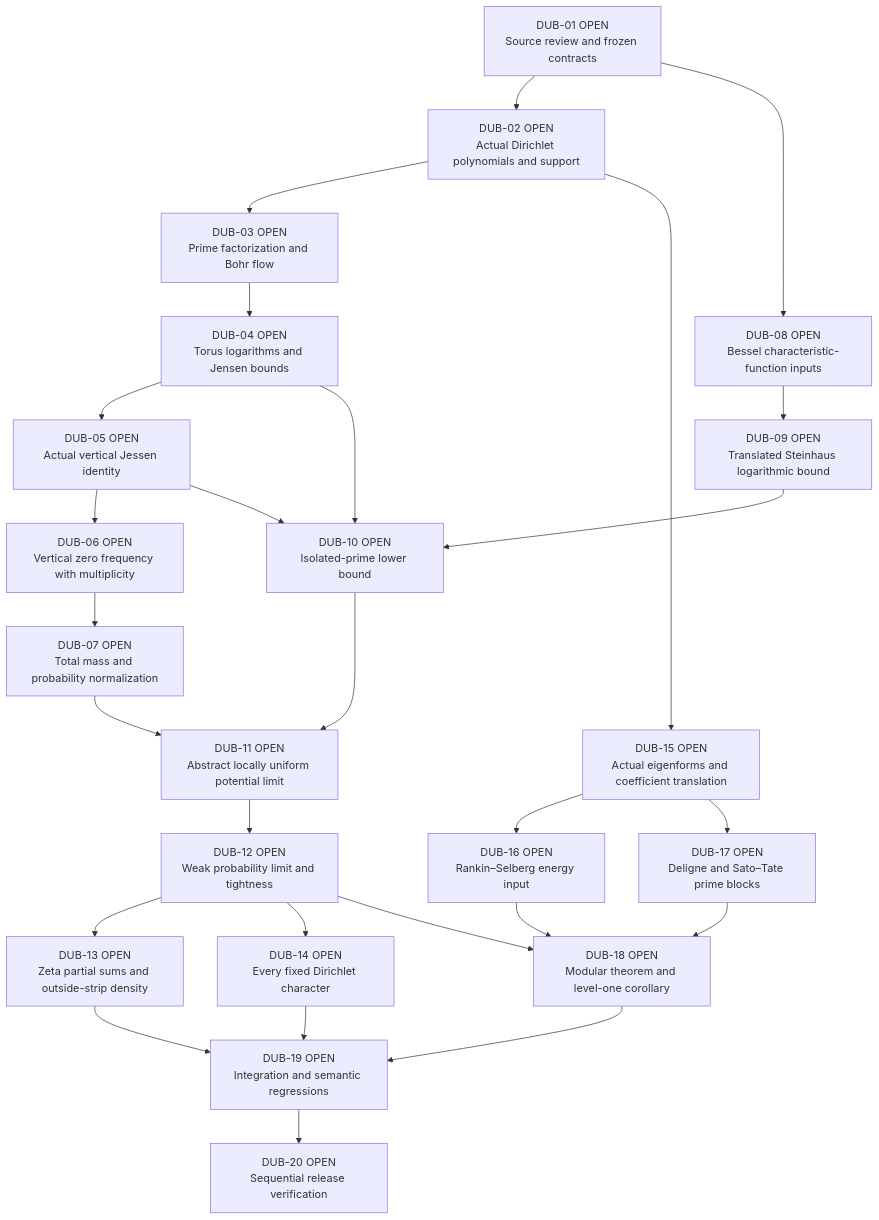
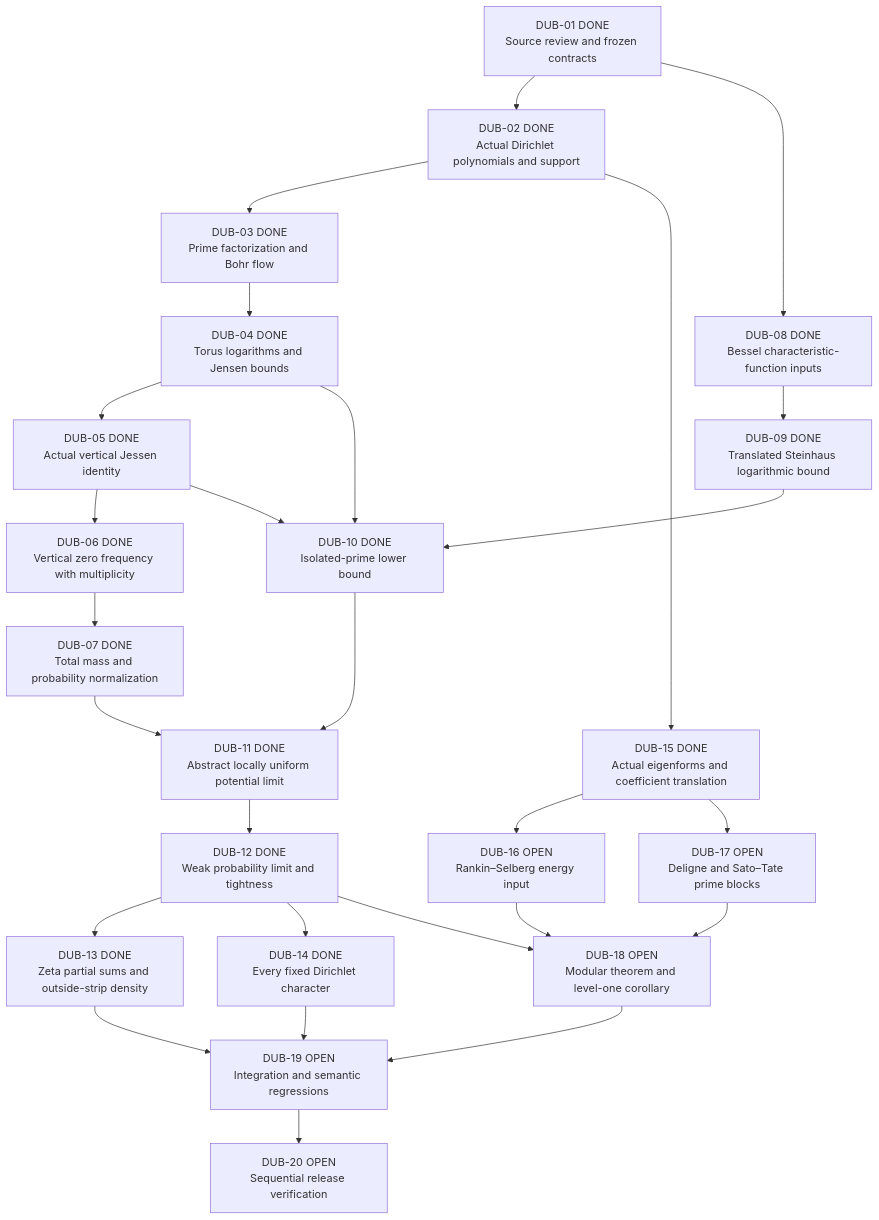
The diagram in Riemann Zeta/9. Zero Density, Large Values and Prime Transfer/83 Dubon, 2026/Dubon Architecture.md (smccolm/Lean), drawn with Mermaid before and after one commit. The commit also changed other lines of this file and 281 other files, not shown here.

````diff
--- a/Riemann Zeta/9. Zero Density, Large Values and Prime Transfer/83 Dubon, 2026/Dubon Architecture.md
+++ b/Riemann Zeta/9. Zero Density, Large Values and Prime Transfer/83 Dubon, 2026/Dubon Architecture.md
@@ -5,49 +53,51 @@
 ```mermaid
 flowchart TD
-    G1["DUB-01 OPEN<br/>Source review and frozen contracts"]
-    G2["DUB-02 OPEN<br/>Actual Dirichlet polynomials and support"]
-    G3["DUB-03 OPEN<br/>Prime factorization and Bohr flow"]
-    G4["DUB-04 OPEN<br/>Torus logarithms and Jensen bounds"]
-    G5["DUB-05 OPEN<br/>Actual vertical Jessen identity"]
-    G6["DUB-06 OPEN<br/>Vertical zero frequency with multiplicity"]
-    G7["DUB-07 OPEN<br/>Total mass and probability normalization"]
-    G8["DUB-08 OPEN<br/>Bessel characteristic-function inputs"]
-    G9["DUB-09 OPEN<br/>Translated Steinhaus logarithmic bound"]
-    G10["DUB-10 OPEN<br/>Isolated-prime lower bound"]
-    G11["DUB-11 OPEN<br/>Abstract locally uniform potential limit"]
-    G12["DUB-12 OPEN<br/>Weak probability limit and tightness"]
-    G13["DUB-13 OPEN<br/>Zeta partial sums and outside-strip density"]
-    G14["DUB-14 OPEN<br/>Every fixed Dirichlet character"]
-    G15["DUB-15 OPEN<br/>Actual eigenforms and coefficient translation"]
+    G1["DUB-01 DONE<br/>Source review and frozen contracts"]
+    G2["DUB-02 DONE<br/>Actual Dirichlet polynomials and support"]
+    G3["DUB-03 DONE<br/>Prime factorization and Bohr flow"]
+    G4["DUB-04 DONE<br/>Torus logarithms and Jensen bounds"]
+    G5["DUB-05 DONE<br/>Actual vertical Jessen identity"]
+    G6["DUB-06 DONE<br/>Vertical zero frequency with multiplicity"]
+    G7["DUB-07 DONE<br/>Total mass and probability normalization"]
+    G8["DUB-08 DONE<br/>Bessel characteristic-function inputs"]
+    G9["DUB-09 DONE<br/>Translated Steinhaus logarithmic bound"]
+    G10["DUB-10 DONE<br/>Isolated-prime lower bound"]
+    G11["DUB-11 DONE<br/>Abstract locally uniform potential limit"]
+    G12["DUB-12 DONE<br/>Weak probability limit and tightness"]
+    G13["DUB-13 DONE<br/>Zeta partial sums and outside-strip density"]
+    G14["DUB-14 DONE<br/>Every fixed Dirichlet character"]
+    G15["DUB-15 DONE<br/>Actual eigenforms and coefficient translation"]
+    %% DUB-15: all-index primitive eigenbehavior and level-one non-CM proved; general conductor and automorphic bridges remain.
     G16["DUB-16 OPEN<br/>Rankin–Selberg energy input"]
+    %% DUB-16: actual Riesz kernels, derivatives, second differences and sharp Rankin coefficient power sums proved; actual dual series/Rankin contour transform and exact x^(3/5) remain open.
     G17["DUB-17 OPEN<br/>Deligne and Sato–Tate prime blocks"]
     G18["DUB-18 OPEN<br/>Modular theorem and level-one corollary"]
     G19["DUB-19 OPEN<br/>Integration and semantic regressions"]
     G20["DUB-20 OPEN<br/>Sequential release verification"]
     G1 --> G2
     G2 --> G3
     G3 --> G4
     G4 --> G5
     G5 --> G6
     G6 --> G7
     G1 --> G8
     G8 --> G9
     G4 --> G10
     G5 --> G10
     G9 --> G10
     G7 --> G11
     G10 --> G11
     G11 --> G12
     G12 --> G13
     G12 --> G14
     G2 --> G15
     G15 --> G16
     G15 --> G17
     G12 --> G18
     G16 --> G18
     G17 --> G18
     G13 --> G19
     G14 --> G19
     G18 --> G19
     G19 --> G20
 ```
````
